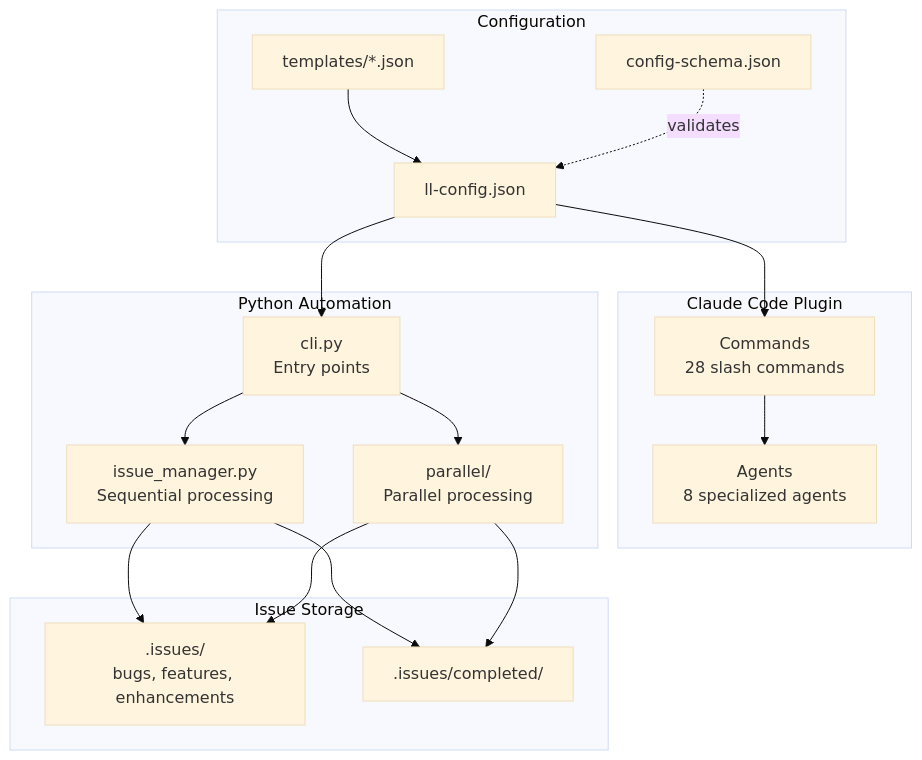
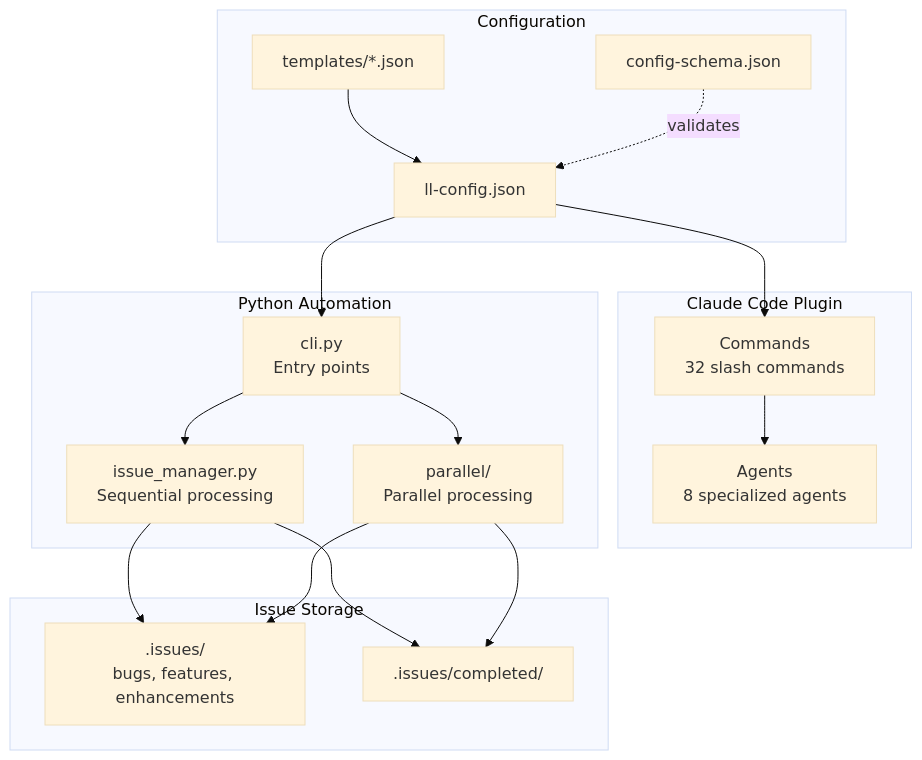
One commit to BrennonTWilliams/little-loops changed the first of 13 diagrams in docs/ARCHITECTURE.md. Above: the diagram before and after it, drawn with Mermaid (base theme). The commit also changed other lines of this file and 3 other files, not shown here.

````diff
--- a/docs/ARCHITECTURE.md
+++ b/docs/ARCHITECTURE.md
@@ -21,36 +21,36 @@
 ```mermaid
 flowchart TB
     subgraph "Claude Code Plugin"
-        CMD[Commands<br/>28 slash commands]
+        CMD[Commands<br/>32 slash commands]
         AGT[Agents<br/>8 specialized agents]
     end
 
     subgraph "Configuration"
         CFG[ll-config.json]
         SCHEMA[config-schema.json]
         TPL[templates/*.json]
     end
 
     subgraph "Python Automation"
         CLI[cli.py<br/>Entry points]
         AUTO[issue_manager.py<br/>Sequential processing]
         PARALLEL[parallel/<br/>Parallel processing]
     end
 
     subgraph "Issue Storage"
         ISSUES[.issues/<br/>bugs, features, enhancements]
         COMPLETED[.issues/completed/]
     end
 
     CFG --> CMD
     TPL --> CFG
     SCHEMA -.->|validates| CFG
     CFG --> CLI
     CMD --> AGT
     CLI --> AUTO
     CLI --> PARALLEL
     AUTO --> ISSUES
     PARALLEL --> ISSUES
     AUTO --> COMPLETED
     PARALLEL --> COMPLETED
 ```
````
